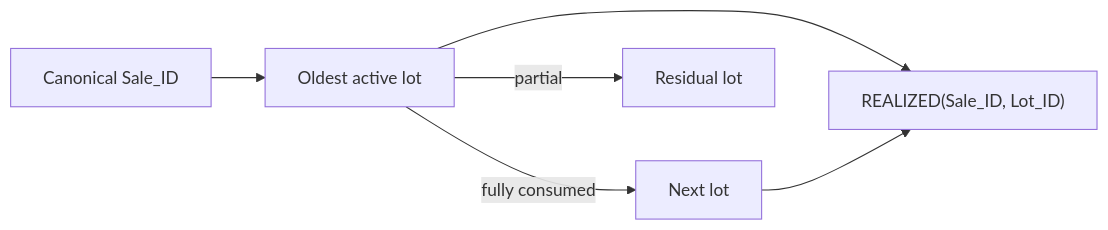
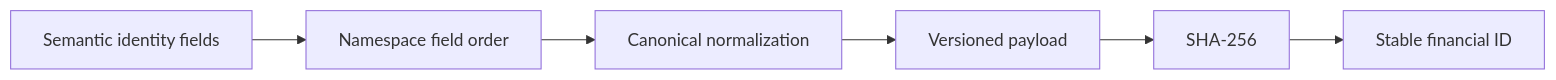
Before and after one commit to tks18/personal-finance-etl: diagram 13 of 31 in README.md, drawn with Mermaid. The commit also changed other lines of this file, not shown here.

````diff
--- a/README.md
+++ b/README.md
@@ -286,8 +455,8 @@
 ```mermaid
 flowchart LR
-    SALE["Canonical Sale_ID"] --> L1["Oldest active lot"]
-    L1 -->|fully consumed| L2["Next lot"]
-    L1 -->|partial| RES["Residual lot"]
-    L1 --> R["REALIZED(Sale_ID, Lot_ID)"]
-    L2 --> R
+    F["Semantic identity fields"] --> O["Namespace field order"]
+    O --> N["Canonical normalization"]
+    N --> J["Versioned payload"]
+    J --> H["SHA-256"]
+    H --> ID["Stable financial ID"]
 ```
````
